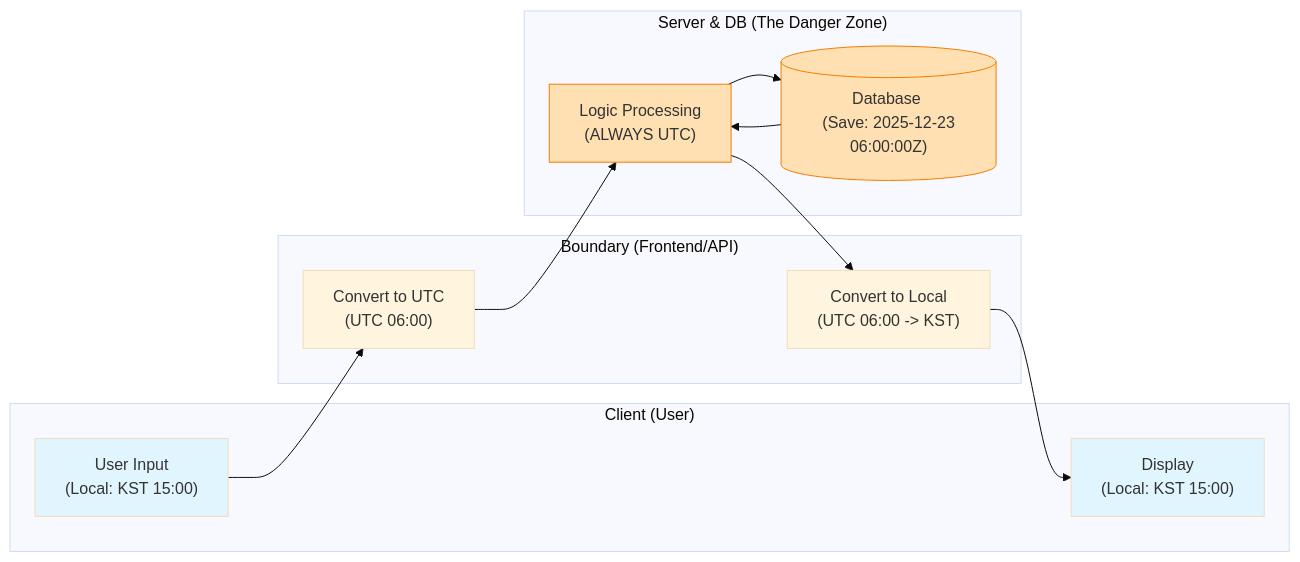
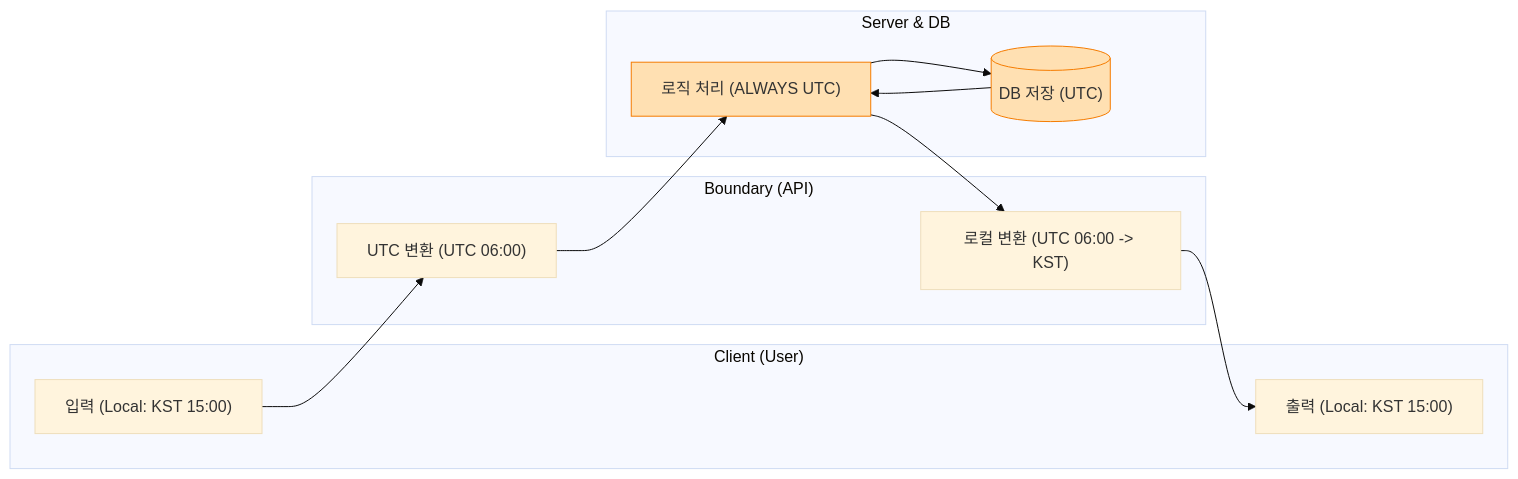
One commit to thseo4813/Study-Notes changed the diagram in 01-os/time-unix-timestamp/README.md. Above: the diagram before and after it, drawn with Mermaid (base theme). The commit also changed other lines of this file and 21 other files, not shown here.

````diff
--- a/01-os/time-unix-timestamp/README.md
+++ b/01-os/time-unix-timestamp/README.md
@@ -133,26 +37,23 @@
 ```mermaid
 graph LR
     subgraph "Client (User)"
-        Input["User Input <br/> (Local: KST 15:00)"] 
-        Output["Display <br/> (Local: KST 15:00)"]
+        Input["입력 (Local: KST 15:00)"] 
+        Output["출력 (Local: KST 15:00)"]
     end
 
-    subgraph "Boundary (Frontend/API)"
-        ToUTC["Convert to UTC <br/> (UTC 06:00)"]
-        ToLocal["Convert to Local <br/> (UTC 06:00 -> KST)"]
+    subgraph "Boundary (API)"
+        ToUTC["UTC 변환 (UTC 06:00)"]
+        ToLocal["로컬 변환 (UTC 06:00 -> KST)"]
     end
 
-    subgraph "Server & DB (The Danger Zone)"
-        Process["Logic Processing <br/> (ALWAYS UTC)"]
-        Storage[("Database <br/> (Save: 2025-12-23 06:00:00Z)")]
+    subgraph "Server & DB"
+        Process["로직 처리 (ALWAYS UTC)"]
+        Storage[("DB 저장 (UTC)")]
     end
 
     Input --> ToUTC --> Process --> Storage
     Storage --> Process --> ToLocal --> Output
 
     style Process fill:#ffe0b2,stroke:#f57c00
     style Storage fill:#ffe0b2,stroke:#f57c00
-    style Input fill:#e1f5fe
-    style Output fill:#e1f5fe
-
 ```
````
